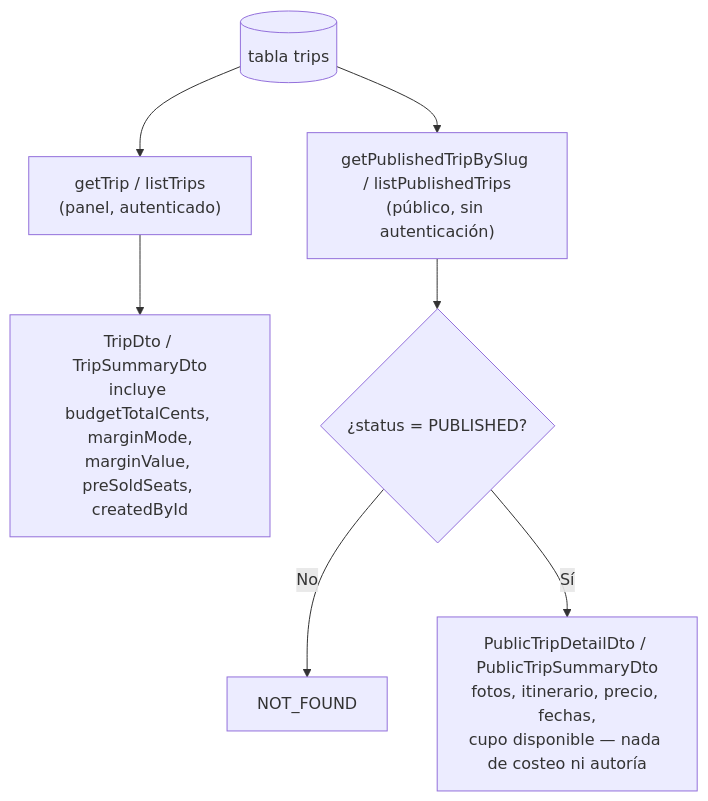
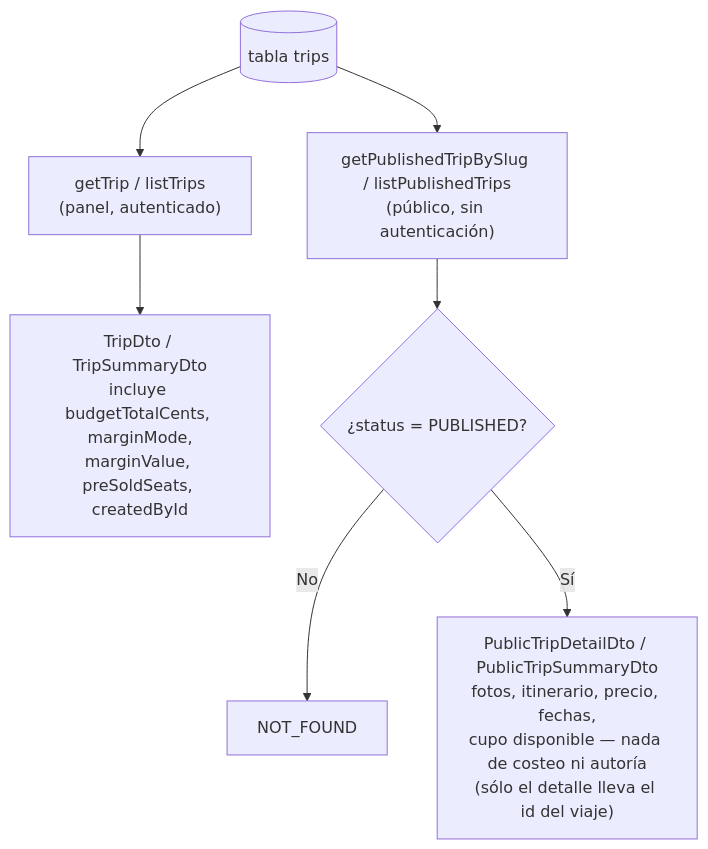
The fifth of 5 diagrams in docs/diagrams/trip-creation.md (erickgs2/ruta_mochilera), drawn with Mermaid before and after one commit. The commit also changed 15 other files, not shown here.

First line of the commit message:
feat(api): expose suggested monthly payment, public trip id and email verification

````diff
--- a/docs/diagrams/trip-creation.md
+++ b/docs/diagrams/trip-creation.md
@@ -92,9 +92,9 @@
 ```mermaid
 flowchart TD
     A[(tabla trips)] --> B["getTrip / listTrips<br/>(panel, autenticado)"]
     A --> C["getPublishedTripBySlug / listPublishedTrips<br/>(público, sin autenticación)"]
     B --> D["TripDto / TripSummaryDto<br/>incluye budgetTotalCents, marginMode,<br/>marginValue, preSoldSeats, createdById"]
     C --> E{"¿status = PUBLISHED?"}
     E -- No --> F[NOT_FOUND]
-    E -- Sí --> G["PublicTripDetailDto / PublicTripSummaryDto<br/>fotos, itinerario, precio, fechas,<br/>cupo disponible — nada de costeo ni autoría"]
+    E -- Sí --> G["PublicTripDetailDto / PublicTripSummaryDto<br/>fotos, itinerario, precio, fechas,<br/>cupo disponible — nada de costeo ni autoría<br/>(sólo el detalle lleva el id del viaje)"]
 ```
````
